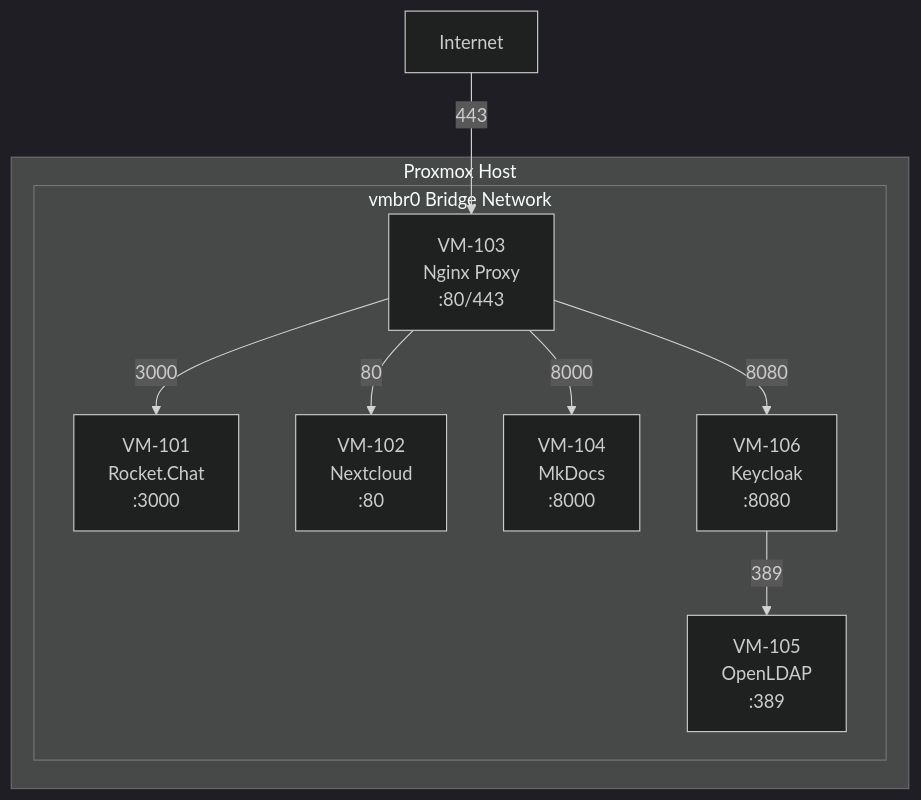
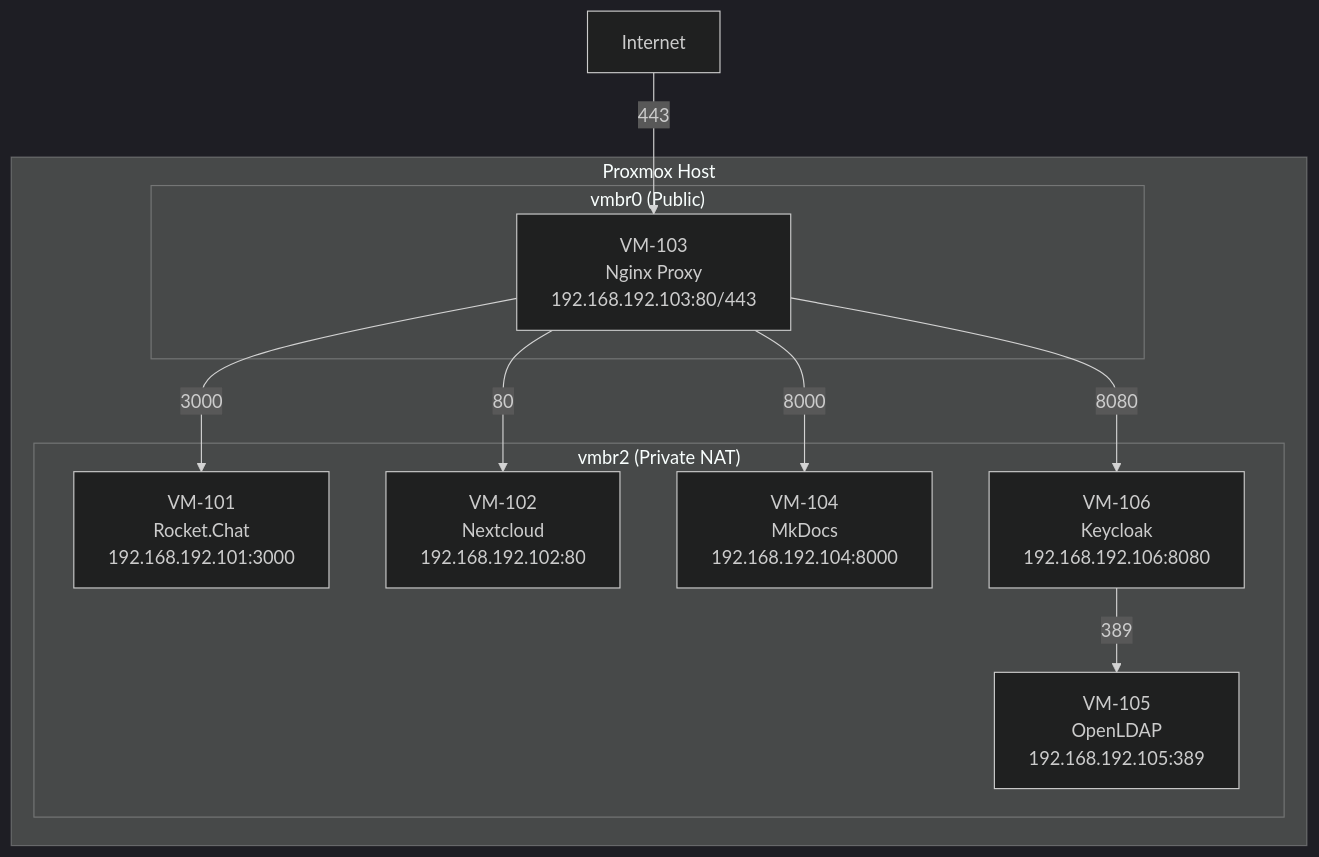
One commit to dmaljkovic/proxmox-lab changed the diagram in docs/02-vm-creation/01-overview.md. Above: the diagram before and after it, drawn with Mermaid. The commit also changed other lines of this file and 6 other files, not shown here.

````diff
--- a/docs/02-vm-creation/01-overview.md
+++ b/docs/02-vm-creation/01-overview.md
@@ -50,21 +56,23 @@
 ```mermaid
 %%{init: {'theme': 'dark'}}%%
 graph TB
     subgraph "Proxmox Host"
-        subgraph "vmbr0 Bridge Network"
-            VM1[VM-101<br/>Rocket.Chat<br/><rocketchat-ip>:3000]
-            VM2[VM-102<br/>Nextcloud<br/><nextcloud-ip>:80]
-            VM3[VM-103<br/>Nginx Proxy<br/><nginx-ip>:80/443]
-            VM4[VM-104<br/>MkDocs<br/><mkdocs-ip>:8000]
-            VM5[VM-105<br/>OpenLDAP<br/><ldap-ip>:389]
-            VM6[VM-106<br/>Keycloak<br/><keycloak-ip>:8080]
+        subgraph "vmbr0 (Public)"
+            VM3[VM-103<br/>Nginx Proxy<br/>192.168.192.103:80/443]
+        end
+        subgraph "vmbr2 (Private NAT)"
+            VM1[VM-101<br/>Rocket.Chat<br/>192.168.192.101:3000]
+            VM2[VM-102<br/>Nextcloud<br/>192.168.192.102:80]
+            VM4[VM-104<br/>MkDocs<br/>192.168.192.104:8000]
+            VM5[VM-105<br/>OpenLDAP<br/>192.168.192.105:389]
+            VM6[VM-106<br/>Keycloak<br/>192.168.192.106:8080]
         end
     end
     
     Internet -->|443| VM3
     VM3 -->|3000| VM1
     VM3 -->|80| VM2
     VM3 -->|8080| VM6
     VM3 -->|8000| VM4
     VM6 -->|389| VM5
 ```
````
